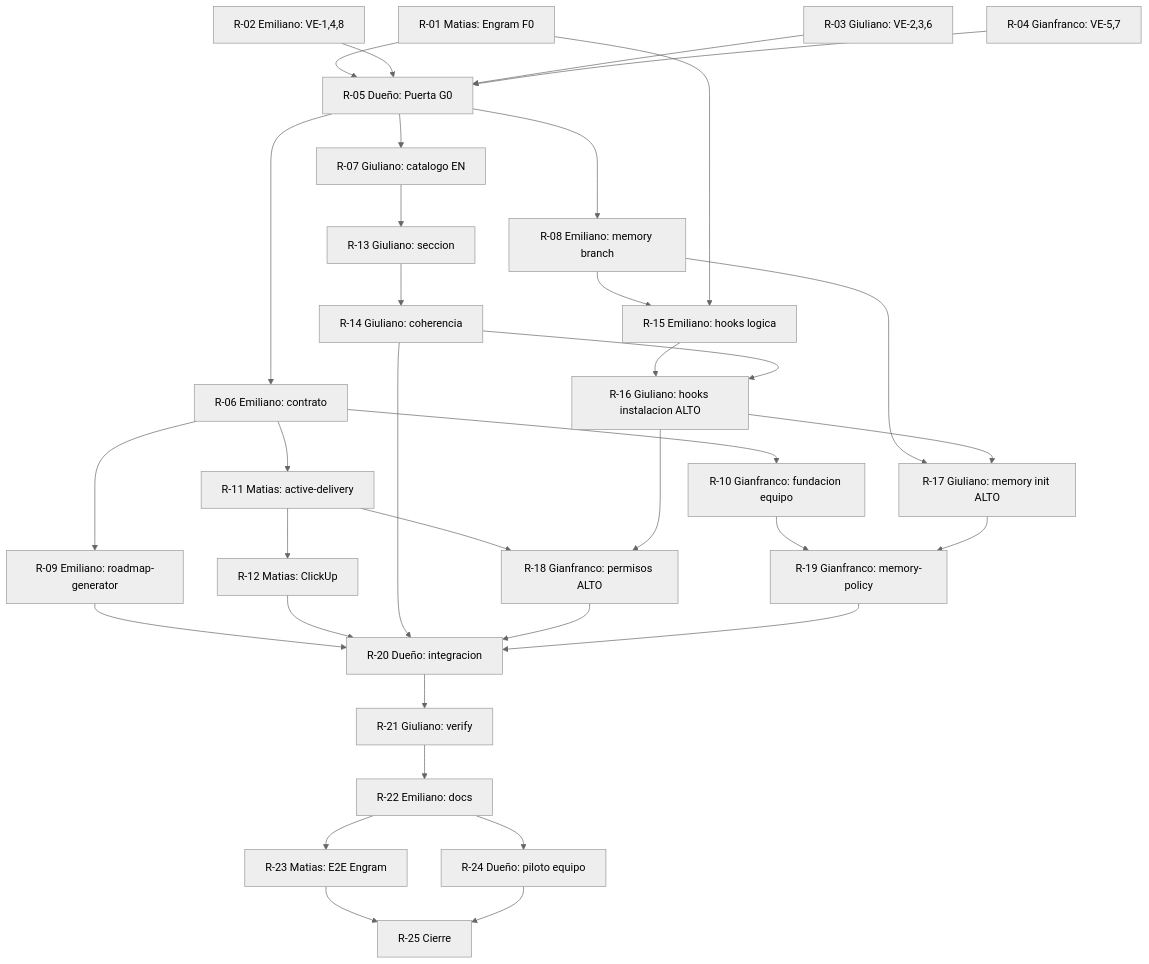
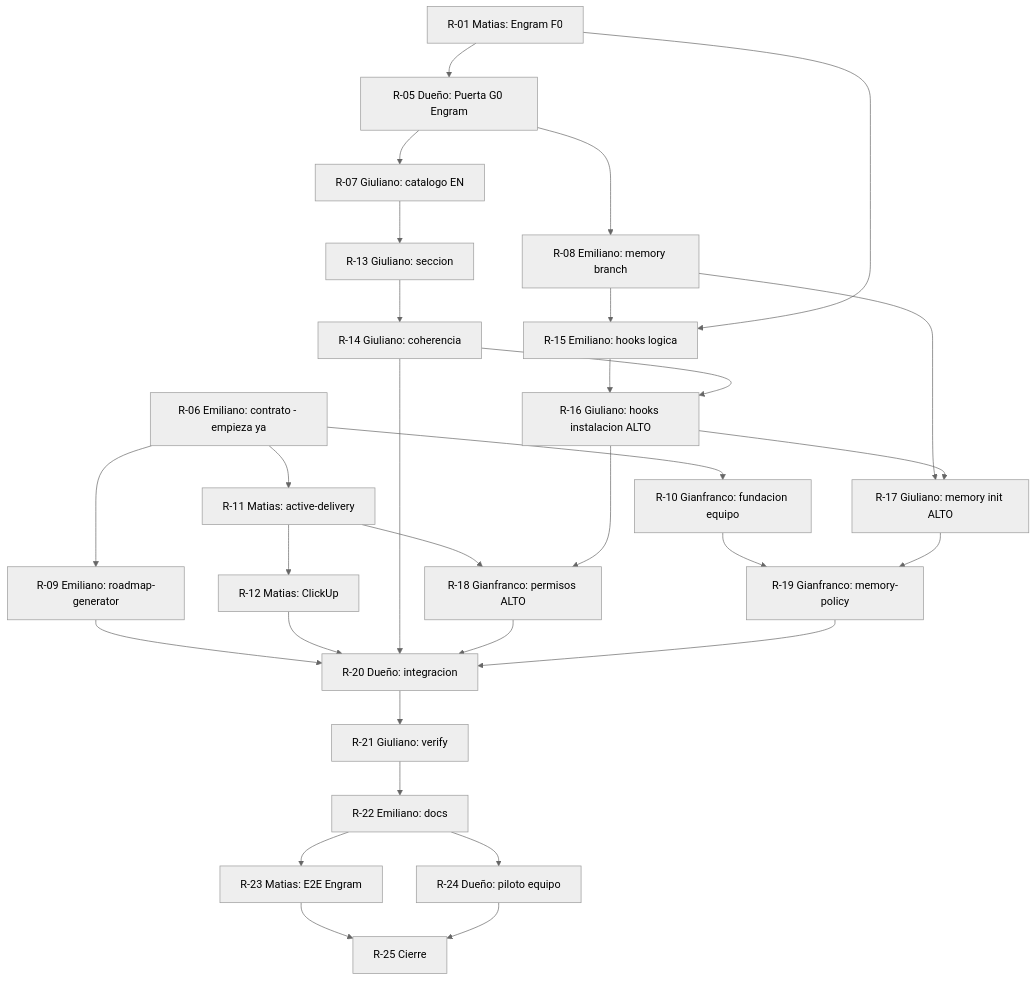
One commit to Group-Active-IA/active-stack changed the diagram in docs/roadmap-implementacion-equipo.md. Above: the diagram before and after it, drawn with Mermaid (neutral theme). The commit also changed other lines of this file and 2 other files, not shown here.

First line of the commit message:
docs(equipo): reduce wave 0 to the Engram check and decouple team mode

````diff
--- a/docs/roadmap-implementacion-equipo.md
+++ b/docs/roadmap-implementacion-equipo.md
@@ -94,36 +107,33 @@
 ```mermaid
 flowchart TD
-    R01[R-01 Matias: Engram F0] --> R05
-    R02[R-02 Emiliano: VE-1,4,8] --> R05
-    R03[R-03 Giuliano: VE-2,3,6] --> R05
-    R04[R-04 Gianfranco: VE-5,7] --> R05
-    R05[R-05 Dueño: Puerta G0] --> R06[R-06 Emiliano: contrato]
+    R01[R-01 Matias: Engram F0] --> R05[R-05 Dueño: Puerta G0 Engram]
+    R06[R-06 Emiliano: contrato - empieza ya]
     R05 --> R07[R-07 Giuliano: catalogo EN]
     R05 --> R08[R-08 Emiliano: memory branch]
     R06 --> R09[R-09 Emiliano: roadmap-generator]
     R06 --> R10[R-10 Gianfranco: fundacion equipo]
     R06 --> R11[R-11 Matias: active-delivery]
     R11 --> R12[R-12 Matias: ClickUp]
     R07 --> R13[R-13 Giuliano: seccion] --> R14[R-14 Giuliano: coherencia]
     R08 --> R15[R-15 Emiliano: hooks logica]
     R01 --> R15
     R15 --> R16[R-16 Giuliano: hooks instalacion ALTO]
     R14 --> R16
     R08 --> R17[R-17 Giuliano: memory init ALTO]
     R16 --> R17
     R11 --> R18[R-18 Gianfranco: permisos ALTO]
     R16 --> R18
     R10 --> R19[R-19 Gianfranco: memory-policy]
     R17 --> R19
     R09 --> R20
     R12 --> R20
     R14 --> R20
     R18 --> R20
     R19 --> R20[R-20 Dueño: integracion]
     R20 --> R21[R-21 Giuliano: verify]
     R21 --> R22[R-22 Emiliano: docs]
     R22 --> R23[R-23 Matias: E2E Engram]
     R22 --> R24[R-24 Dueño: piloto equipo]
     R23 --> R25[R-25 Cierre]
     R24 --> R25
 ```
````
